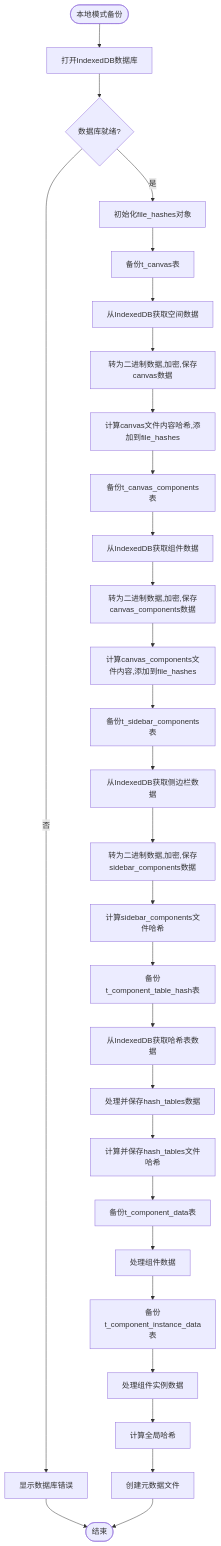
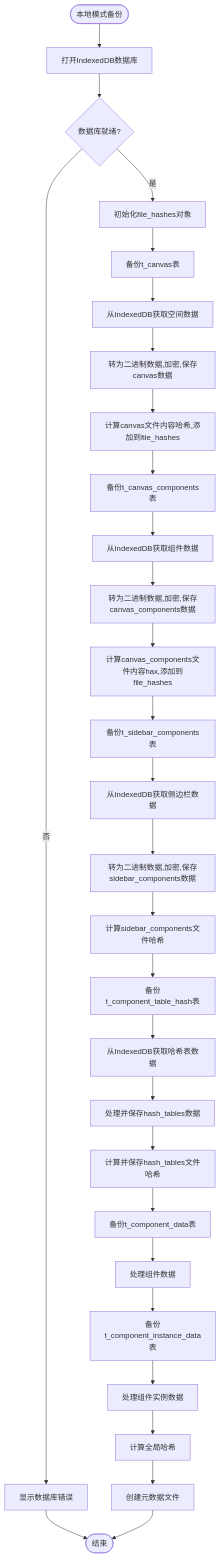
Before and after one commit to yingjianzh/iodraw-files: the diagram in all/未命名-56.md, drawn with Mermaid.

Commit message:
2025-05-12 14:15:29 update

````diff
--- a/all/未命名-56.md
+++ b/all/未命名-56.md
@@ -1,44 +1,44 @@
 ```mermaid
 
 flowchart TD
     Start([本地模式备份]) --> OpenDB[打开IndexedDB数据库]
     OpenDB --> DBReady{数据库就绪?}
     
     DBReady -->|否| ShowDBError[显示数据库错误]
     DBReady -->|是| InitHashObject[初始化file_hashes对象]
     
     ShowDBError --> End([结束])
     
     InitHashObject --> BackupCanvas[备份t_canvas表]
     BackupCanvas --> GetCanvasFromDB[从IndexedDB获取空间数据]
     GetCanvasFromDB --> ProcessCanvasFile[转为二进制数据,加密,保存canvas数据]
     ProcessCanvasFile --> AddCanvasHash[计算canvas文件内容哈希,添加到file_hashes]
     
     AddCanvasHash --> BackupCanvasComps[备份t_canvas_components表]
     BackupCanvasComps --> GetCanvasCompsFromDB[从IndexedDB获取组件数据]
     GetCanvasCompsFromDB --> ProcessCanvasCompsFile[转为二进制数据,加密,保存canvas_components数据]
-    ProcessCanvasCompsFile --> AddCanvasCompsHash[计算canvas_components文件内容,添加到file_hashes]
+    ProcessCanvasCompsFile --> AddCanvasCompsHash[计算canvas_components文件内容hax,添加到file_hashes]
     
     AddCanvasCompsHash --> BackupSidebarComps[备份t_sidebar_components表]
     BackupSidebarComps --> GetSidebarCompsFromDB[从IndexedDB获取侧边栏数据]
     GetSidebarCompsFromDB --> ProcessSidebarCompsFile[转为二进制数据,加密,保存sidebar_components数据]
     ProcessSidebarCompsFile --> AddSidebarCompsHash[计算sidebar_components文件哈希]
     
     AddSidebarCompsHash --> BackupHashTables[备份t_component_table_hash表]
     BackupHashTables --> GetHashTablesFromDB[从IndexedDB获取哈希表数据]
     GetHashTablesFromDB --> ProcessHashTablesFile[处理并保存hash_tables数据]
     ProcessHashTablesFile --> AddHashTablesHash[计算并保存hash_tables文件哈希]
     
     AddHashTablesHash --> BackupCompData[备份t_component_data表]
     BackupCompData --> ProcessCompData[处理组件数据]
     
     ProcessCompData --> BackupInstData[备份t_component_instance_data表]
     BackupInstData --> ProcessInstData[处理组件实例数据]
     
     ProcessInstData --> CalculateGlobalHash[计算全局哈希]
     CalculateGlobalHash --> CreateMetadataFile[创建元数据文件]
     
     CreateMetadataFile --> End
 
 
 ```
````
